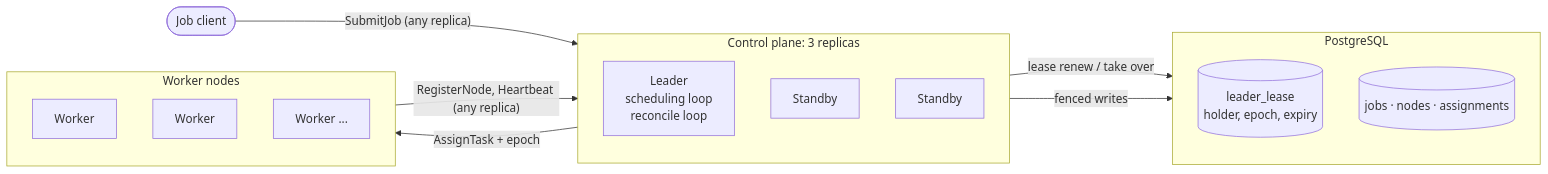
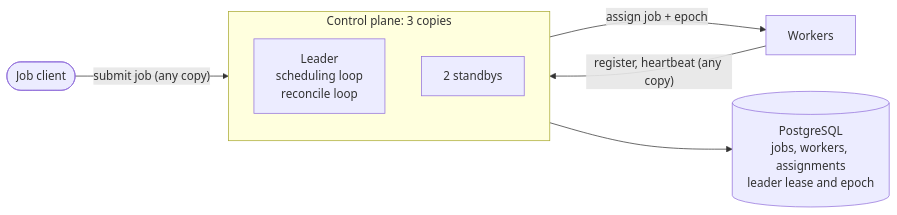
The diagram in README.md (simar-s2/cluster-scheduler), drawn with Mermaid before and after one commit. The commit also changed other lines of this file and 1 other file, not shown here.

````diff
--- a/README.md
+++ b/README.md
@@ -20,30 +40,18 @@
 ```mermaid
 flowchart LR
     client(["Job client"])
 
-    subgraph cp["Control plane: 3 replicas"]
+    subgraph cp["Control plane: 3 copies"]
         direction TB
         leader["Leader<br/>scheduling loop<br/>reconcile loop"]
-        standby1["Standby"]
-        standby2["Standby"]
+        standby["2 standbys"]
     end
 
-    subgraph pg["PostgreSQL"]
-        direction TB
-        lease[("leader_lease<br/>holder, epoch, expiry")]
-        state[("jobs · nodes · assignments")]
-    end
+    pg[("PostgreSQL<br/>jobs, workers, assignments<br/>leader lease and epoch")]
+    workers["Workers"]
 
-    subgraph workers["Worker nodes"]
-        direction TB
-        w1["Worker"]
-        w2["Worker"]
-        w3["Worker ..."]
-    end
-
-    client -- "SubmitJob (any replica)" --> cp
-    workers -- "RegisterNode, Heartbeat (any replica)" --> cp
-    leader -- "AssignTask + epoch" --> workers
-    cp -- "lease renew / take over" --> lease
-    cp -- "fenced writes" --> state
+    client -- "submit job (any copy)" --> cp
+    workers -- "register, heartbeat (any copy)" --> cp
+    cp --> pg
+    leader -- "assign job + epoch" --> workers
 ```
````
